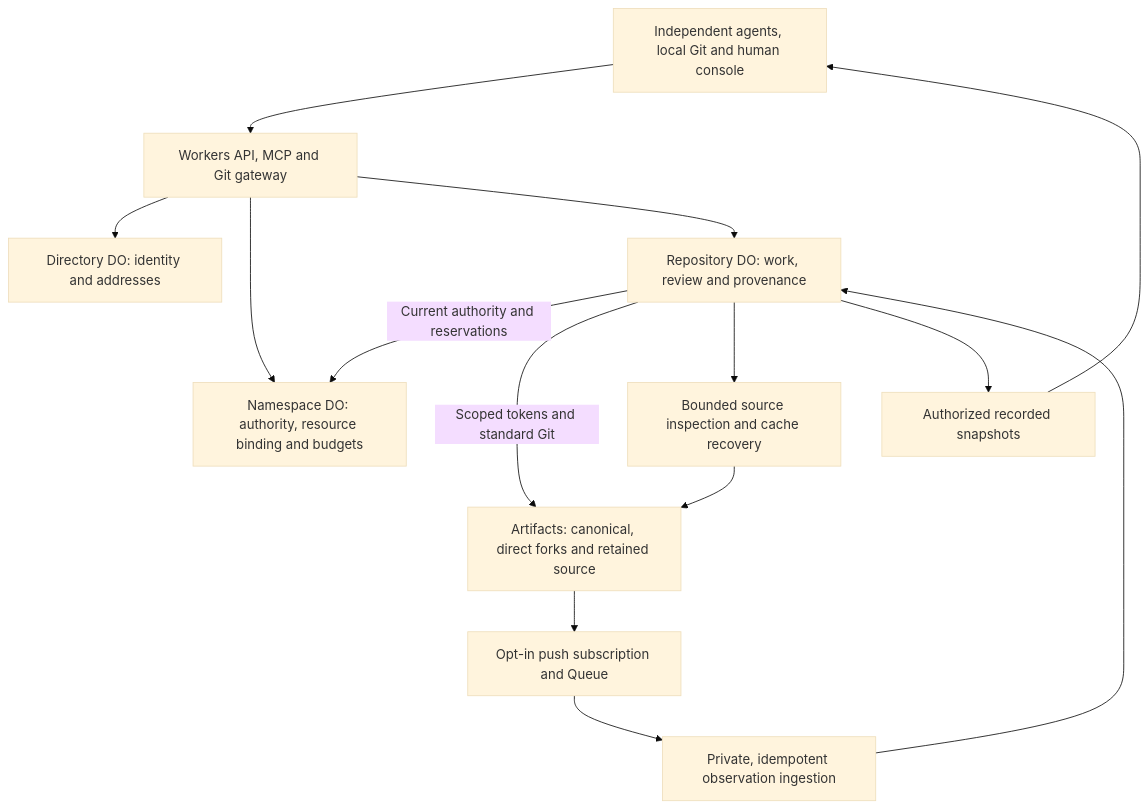
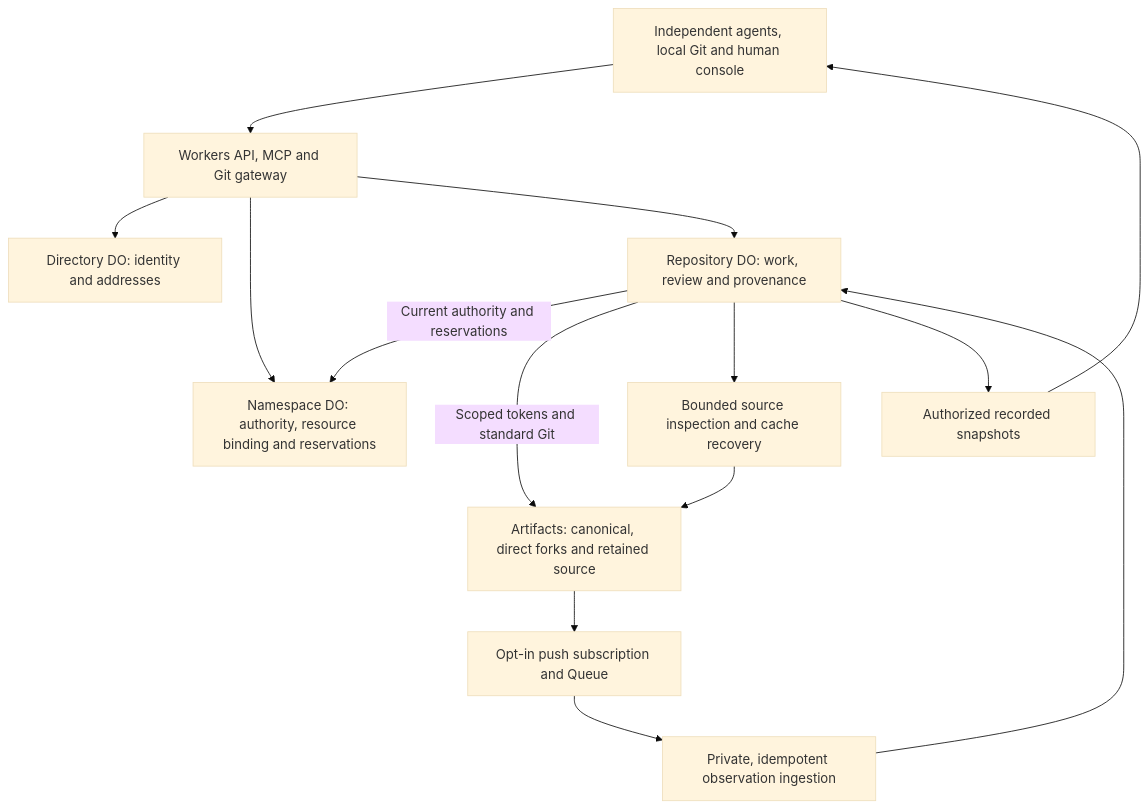
The third of 3 diagrams in docs/architecture.md (acltabontabon/cruce), drawn with Mermaid (base theme) before and after one commit. The commit also changed other lines of this file and 33 other files, not shown here.

````diff
--- a/docs/architecture.md
+++ b/docs/architecture.md
@@ -394,16 +394,16 @@
 ```mermaid
 flowchart TB
     P[Independent agents, local Git and human console] --> W[Workers API, MCP and Git gateway]
     W --> D[Directory DO: identity and addresses]
-    W --> N[Namespace DO: authority, resource binding and budgets]
+    W --> N[Namespace DO: authority, resource binding and reservations]
     W --> R[Repository DO: work, review and provenance]
     R -->|Current authority and reservations| N
     R -->|Scoped tokens and standard Git| A[Artifacts: canonical, direct forks and retained source]
     A --> E[Opt-in push subscription and Queue]
     E --> I[Private, idempotent observation ingestion]
     I --> R
     R --> B[Bounded source inspection and cache recovery]
     B --> A
     R --> S[Authorized recorded snapshots]
     S --> P
 ```
````
